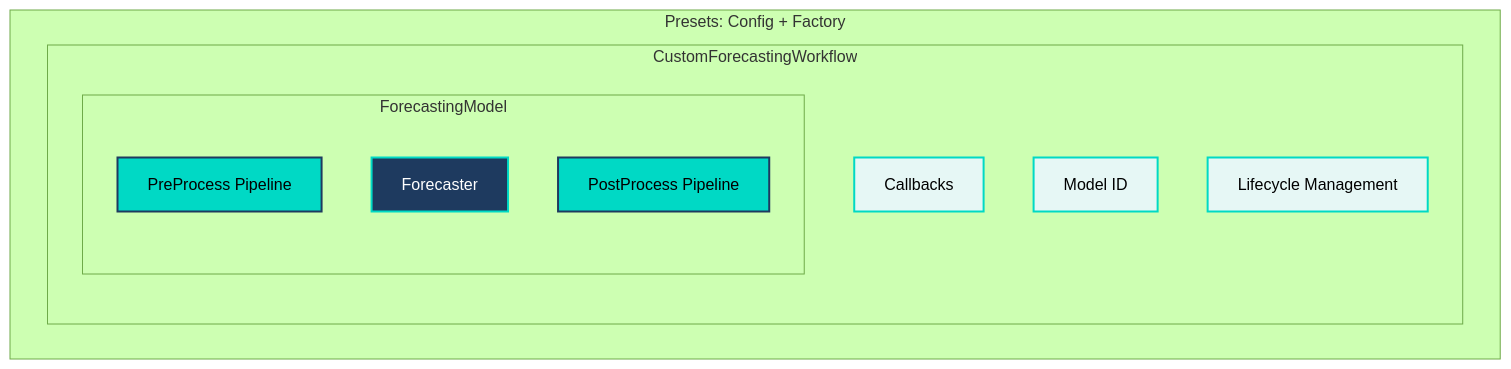
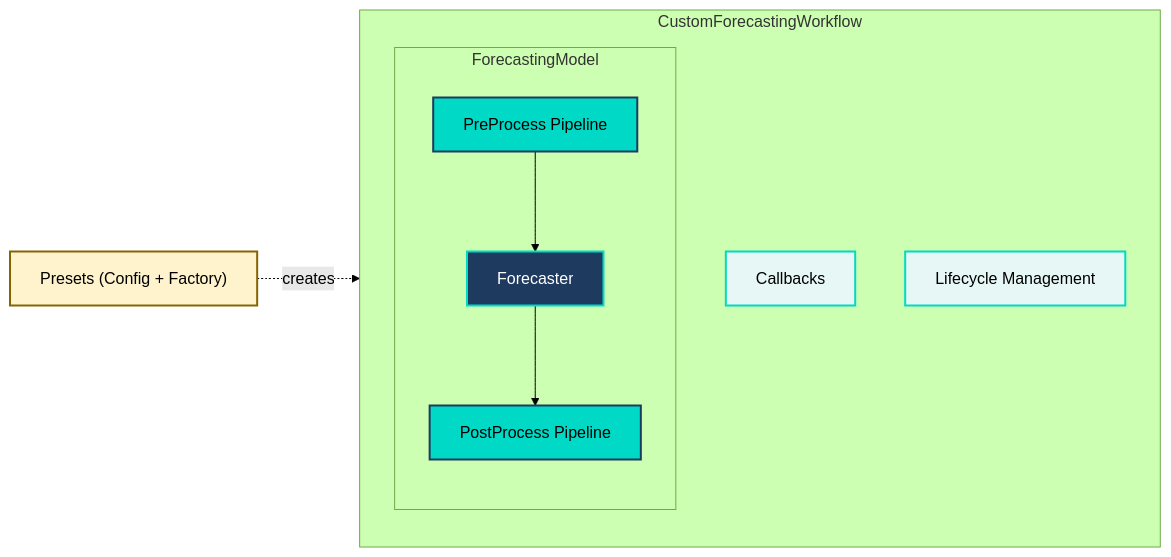
The diagram in docs/source/diagrams/user_guide/concepts/models_diagram_1.mmd (OpenSTEF/openstef), drawn with Mermaid (forest theme) before and after one commit. The commit also changed 5 other files, not shown here.

First line of the commit message:
docs: enable mermaid rendering and improve models diagram

```diff
--- a/docs/source/diagrams/user_guide/concepts/models_diagram_1.mmd
+++ b/docs/source/diagrams/user_guide/concepts/models_diagram_1.mmd
@@ -1,21 +1,21 @@
-graph TD
-    subgraph Presets["Presets: Config + Factory"]
-        subgraph Workflow["CustomForecastingWorkflow"]
-            subgraph Model["ForecastingModel"]
-                A[PreProcess Pipeline]
-                B[Forecaster]
-                C[PostProcess Pipeline]
-            end
-            D[Callbacks]
-            E[Model ID]
-            F[Lifecycle Management]
+graph LR
+    subgraph Workflow["CustomForecastingWorkflow"]
+        subgraph Model["ForecastingModel"]
+            direction TB
+            A[PreProcess Pipeline] --> B[Forecaster] --> C[PostProcess Pipeline]
         end
+        D[Callbacks]
+        F[Lifecycle Management]
     end
+
+    P["Presets (Config + Factory)"] -.->|creates| Workflow
 
     classDef primary fill:#00D9C5,stroke:#1E3A5F,stroke-width:2px,color:#000
     classDef secondary fill:#1E3A5F,stroke:#00D9C5,stroke-width:2px,color:#fff
     classDef accent fill:#e6f7f5,stroke:#00D9C5,stroke-width:2px,color:#000
+    classDef factory fill:#fff3cd,stroke:#856404,stroke-width:2px,color:#000
 
     class B secondary
     class A,C primary
-    class D,E,F accent
+    class D,F accent
+    class P factory
```
